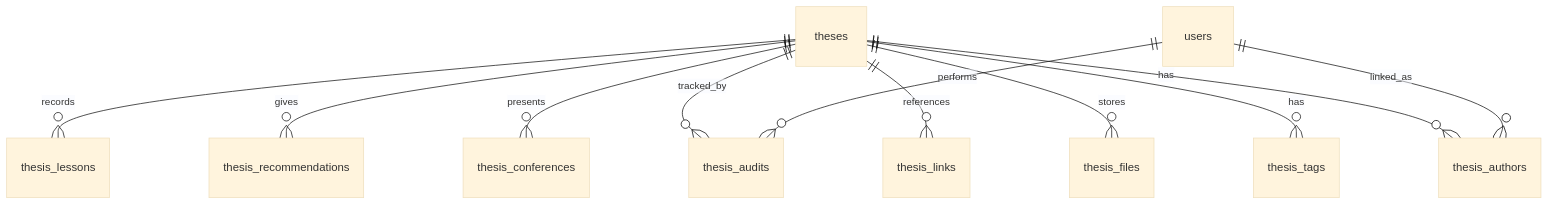
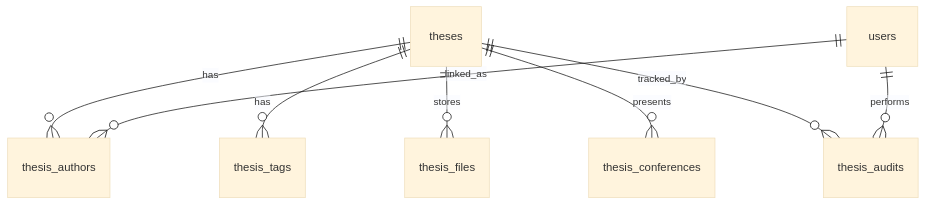
The diagram in docs/database-engineer-reference.md (peaceyyy/Alexandria---DCISM-Research-Repository), drawn with Mermaid (base theme) before and after one commit. The commit also changed other lines of this file and 2 other files, not shown here.

First line of the commit message:
docs(db): sync schema reference and api contracts with supabase

````diff
--- a/docs/database-engineer-reference.md
+++ b/docs/database-engineer-reference.md
@@ -73,13 +73,10 @@
 ```mermaid
 erDiagram
   theses ||--o{ thesis_authors : has
   users ||--o{ thesis_authors : linked_as
   theses ||--o{ thesis_tags : has
   theses ||--o{ thesis_files : stores
-  theses ||--o{ thesis_links : references
   theses ||--o{ thesis_conferences : presents
-  theses ||--o{ thesis_recommendations : gives
-  theses ||--o{ thesis_lessons : records
   theses ||--o{ thesis_audits : tracked_by
   users ||--o{ thesis_audits : performs
 ```
````
